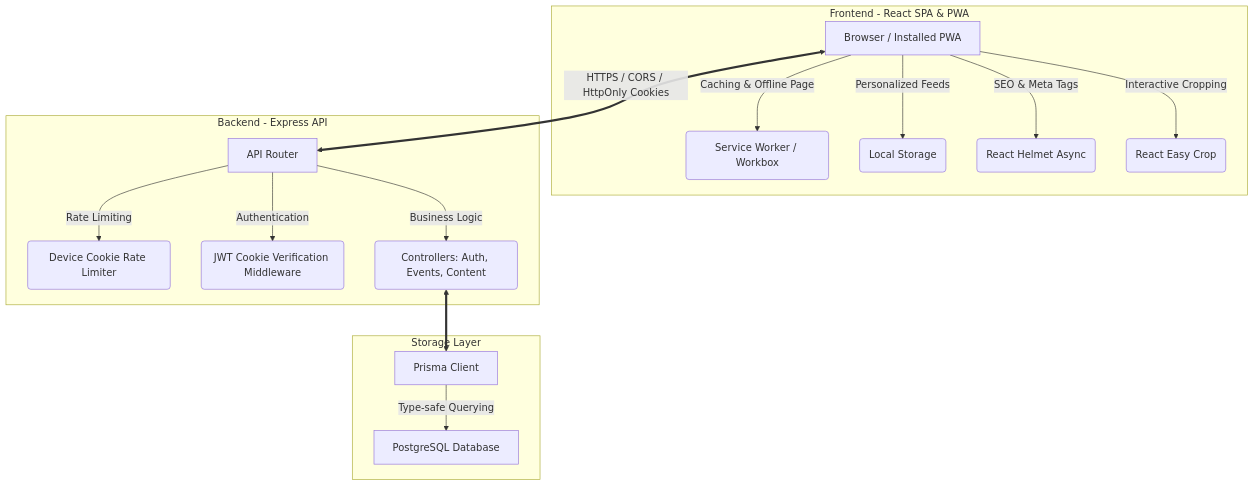
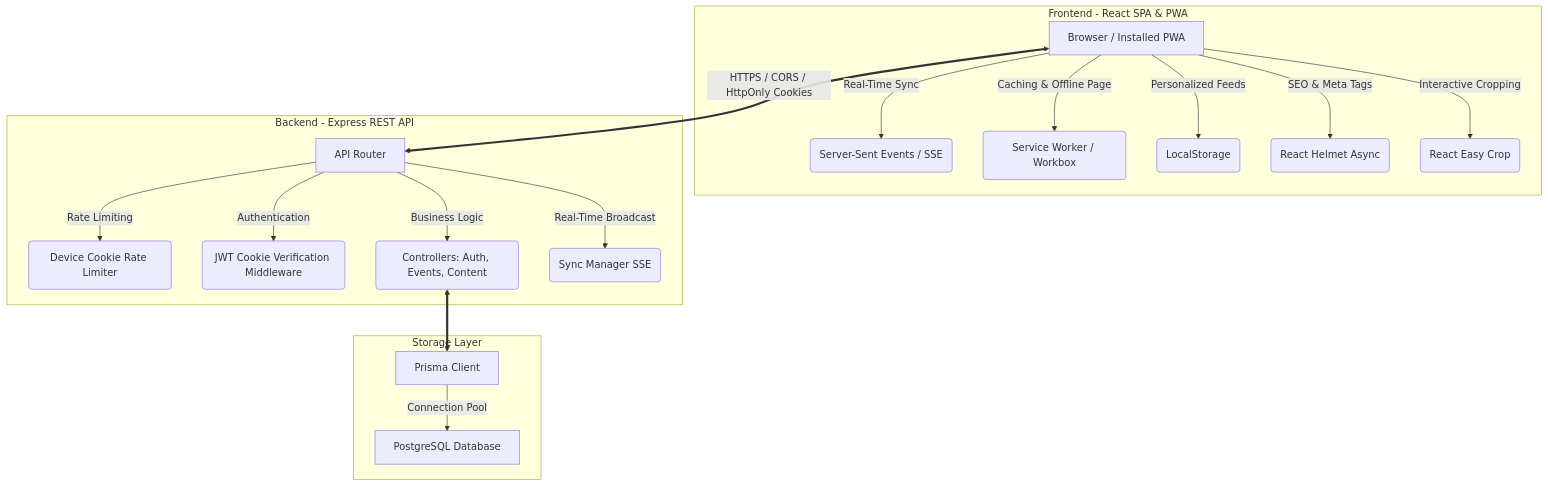
One commit to KushalGangarapu/BCSSCalendar changed the diagram in README.md. Above: the diagram before and after it, drawn with Mermaid. The commit also changed other lines of this file and 38 other files, not shown here.

Commit message:
Complete UI Overhaul, Real-Time SSE Sync, Universal Multi-Resolution Responsive Scaling and Recurring Event Cutoff Pruning

````diff
--- a/README.md
+++ b/README.md
@@ -62,22 +161,24 @@
 ```mermaid
 graph TD
     subgraph Client [Frontend - React SPA & PWA]
-        A[Browser / Installed PWA] -->|Caching & Offline Page| B(Service Worker / Workbox)
-        A -->|Personalized Feeds| C(Local Storage)
-        A -->|SEO & Meta Tags| D(React Helmet Async)
-        A -->|Interactive Cropping| E(React Easy Crop)
+        A[Browser / Installed PWA] -->|Real-Time Sync| B(Server-Sent Events / SSE)
+        A -->|Caching & Offline Page| C(Service Worker / Workbox)
+        A -->|Personalized Feeds| D(LocalStorage)
+        A -->|SEO & Meta Tags| E(React Helmet Async)
+        A -->|Interactive Cropping| F(React Easy Crop)
     end
 
-    subgraph Server [Backend - Express API]
-        F[API Router] -->|Rate Limiting| G(Device Cookie Rate Limiter)
-        F -->|Authentication| H(JWT Cookie Verification Middleware)
-        F -->|Business Logic| I(Controllers: Auth, Events, Content)
+    subgraph Server [Backend - Express REST API]
+        G[API Router] -->|Rate Limiting| H(Device Cookie Rate Limiter)
+        G -->|Authentication| I(JWT Cookie Verification Middleware)
+        G -->|Business Logic| J(Controllers: Auth, Events, Content)
+        G -->|Real-Time Broadcast| K(Sync Manager SSE)
     end
 
     subgraph Database [Storage Layer]
-        J[Prisma Client] -->|Type-safe Querying| K[PostgreSQL Database]
+        L[Prisma Client] -->|Connection Pool| M[PostgreSQL Database]
     end
 
-    A <==>|HTTPS / CORS / HttpOnly Cookies| F
-    I <==> J
+    A <==>|HTTPS / CORS / HttpOnly Cookies| G
+    J <==> L
 ```
````
